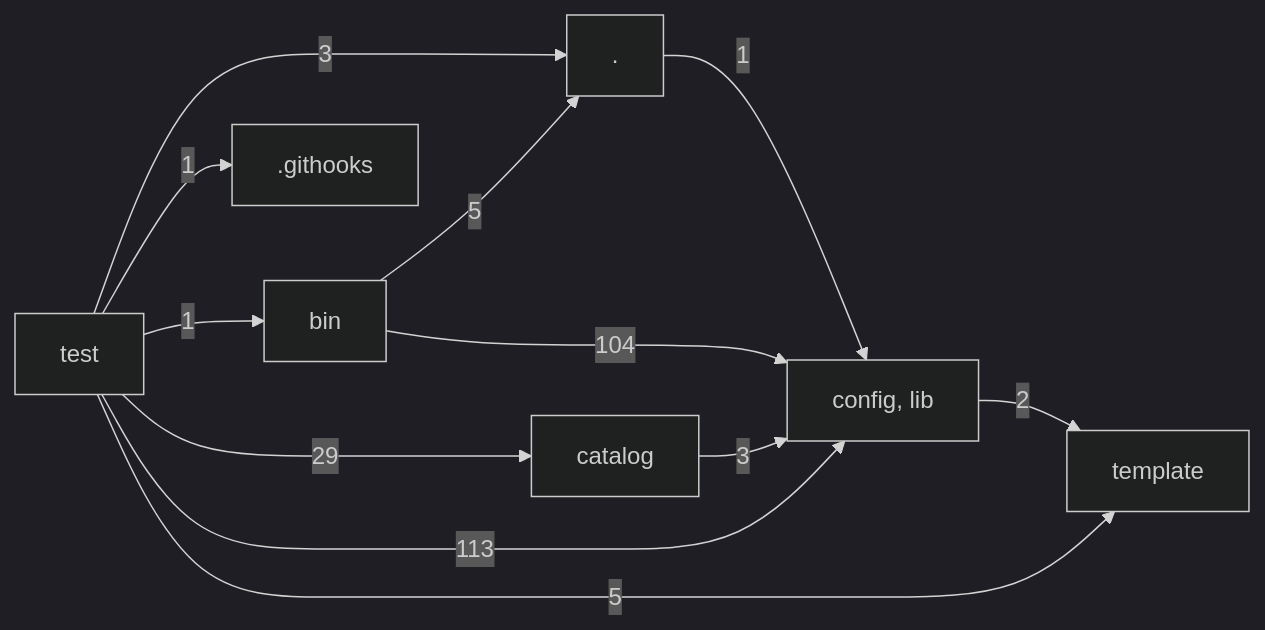
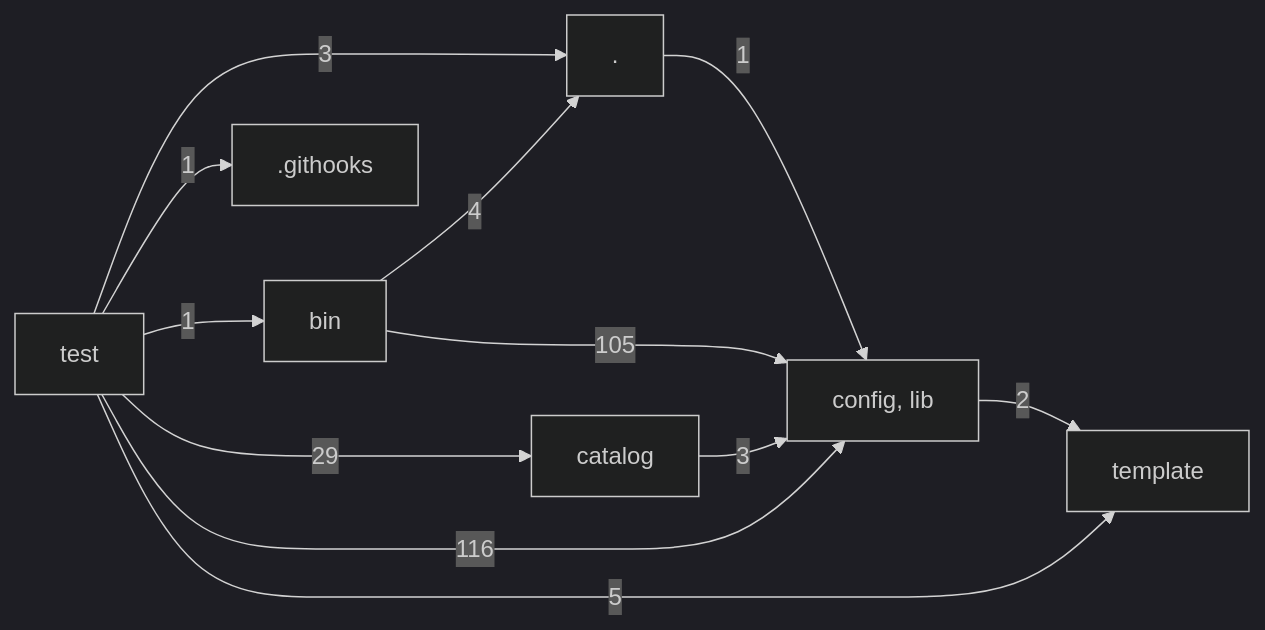
Before and after one commit to hackersandwizards/scaffolding: the diagram in docs/architecture/layers.md, drawn with Mermaid (dark theme). The commit also changed 45 other files, not shown here.

````diff
--- a/docs/architecture/layers.md
+++ b/docs/architecture/layers.md
@@ -3,21 +3,21 @@
 ```mermaid
 graph LR
   L0["."]
   L1[".githooks"]
   L2["bin"]
   L3["catalog"]
   L4["config, lib"]
   L5["template"]
   L6["test"]
   L0 -->|1| L4
-  L2 -->|5| L0
-  L2 -->|104| L4
+  L2 -->|4| L0
+  L2 -->|105| L4
   L3 -->|3| L4
   L4 -->|2| L5
   L6 -->|3| L0
   L6 -->|1| L1
   L6 -->|1| L2
   L6 -->|29| L3
-  L6 -->|113| L4
+  L6 -->|116| L4
   L6 -->|5| L5
 ```
````
